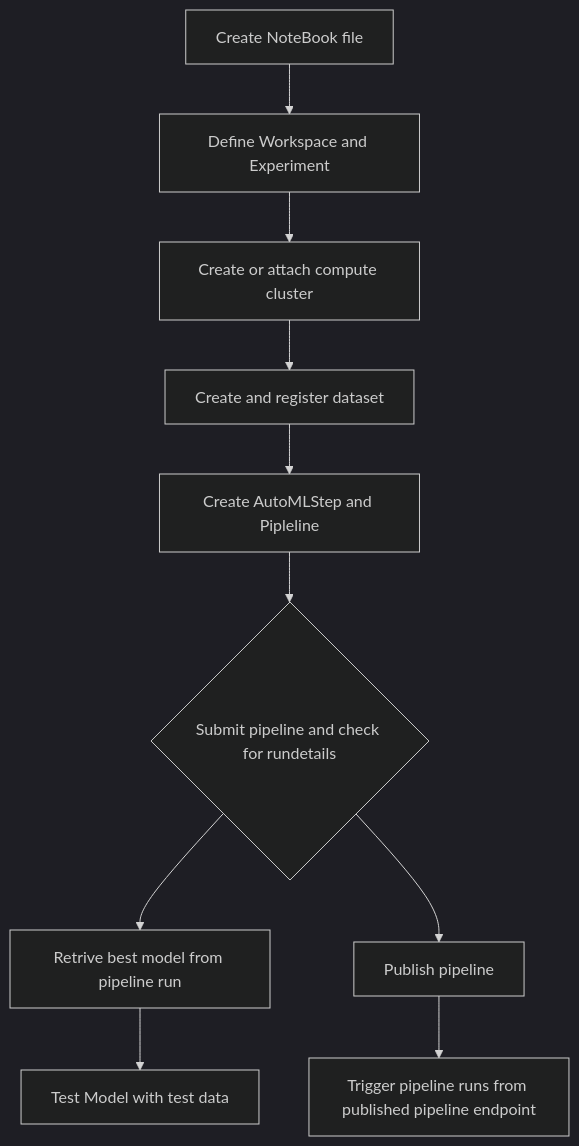
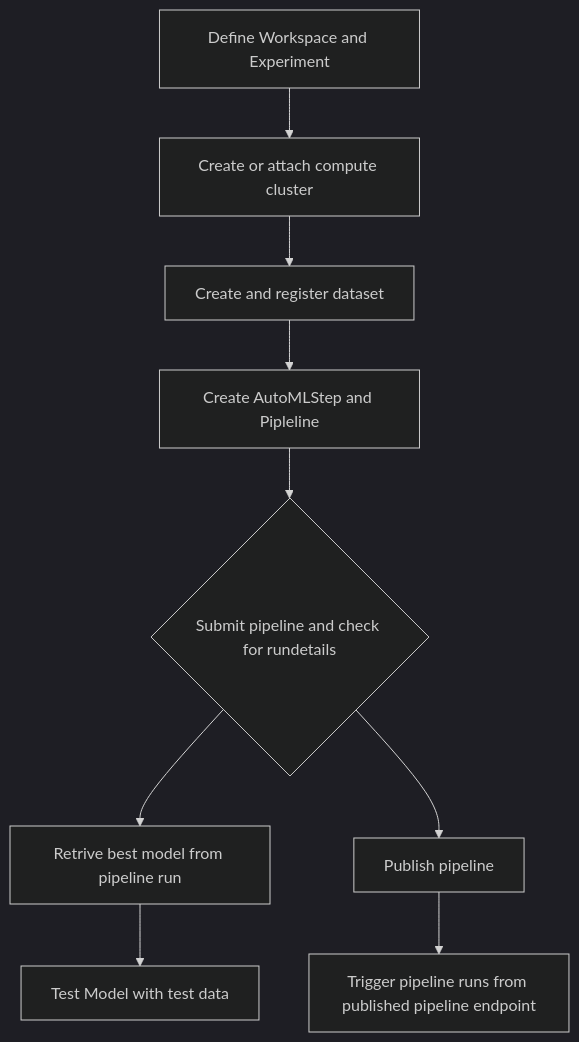
One commit to leonchen34/nd00333_AZMLND_Project2 changed the second of 2 diagrams in README.md. Above: the diagram before and after it, drawn with Mermaid (dark theme). The commit also changed other lines of this file and 1 other file, not shown here.

````diff
--- a/README.md
+++ b/README.md
@@ -26,14 +26,13 @@
 ```mermaid
 flowchart TD
-	A[Create NoteBook file] --> B[Define Workspace and Experiment]
-	B --> C[Create or attach compute cluster]
+	B[Define Workspace and Experiment] --> C[Create or attach compute cluster]
 	C --> D[Create and register dataset]
 	D --> E[Create AutoMLStep and Pipleline]
 	E --> F{Submit pipeline and check for rundetails}
 	F --> G[Retrive best model from pipeline run]
 	F --> H[Publish pipeline]
 	G --> I[Test Model with test data]
 	H --> J[Trigger pipeline runs from published pipeline endpoint]
 
 
 ```
````
